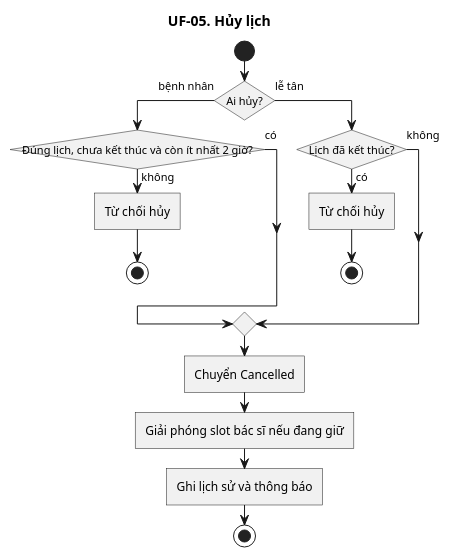
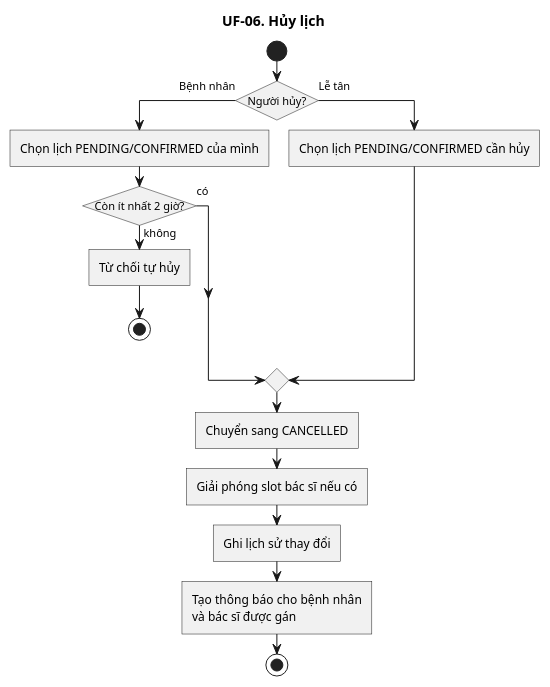
One commit to KhaVan-oi/ViClinic changed the diagram in doc/user-flow/06-huy.puml. Above: the diagram before and after it, drawn with PlantUML. The commit also changed 26 other files, not shown here.

```diff
--- a/doc/user-flow/06-huy.puml
+++ b/doc/user-flow/06-huy.puml
@@ -1,27 +1,27 @@
 @startuml
-title UF-05. Hủy lịch
+title UF-06. Hủy lịch
+
 skinparam linetype ortho
 skinparam shadowing false
 skinparam roundcorner 0
 skinparam conditionStyle InsideDiamond
 skinparam conditionEndStyle diamond
 
 start
-if (Ai hủy?) then (bệnh nhân)
-  if (Đúng lịch, chưa kết thúc và còn ít nhất 2 giờ?) then (không)
-    :Từ chối hủy;
+if (Người hủy?) then (Bệnh nhân)
+  :Chọn lịch PENDING/CONFIRMED của mình;
+  if (Còn ít nhất 2 giờ?) then (không)
+    :Từ chối tự hủy;
     stop
   else (có)
   endif
-else (lễ tân)
-  if (Lịch đã kết thúc?) then (có)
-    :Từ chối hủy;
-    stop
-  else (không)
-  endif
+else (Lễ tân)
+  :Chọn lịch PENDING/CONFIRMED cần hủy;
 endif
-:Chuyển Cancelled;
-:Giải phóng slot bác sĩ nếu đang giữ;
-:Ghi lịch sử và thông báo;
+:Chuyển sang CANCELLED;
+:Giải phóng slot bác sĩ nếu có;
+:Ghi lịch sử thay đổi;
+:Tạo thông báo cho bệnh nhân
+và bác sĩ được gán;
 stop
 @enduml
```
